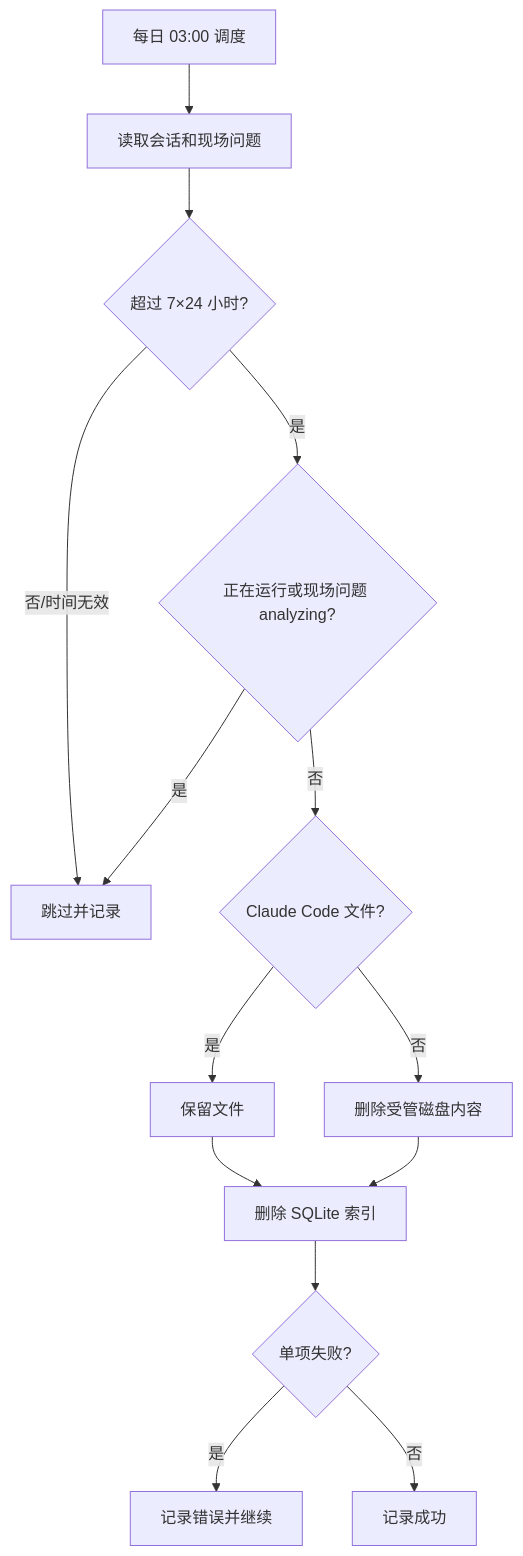
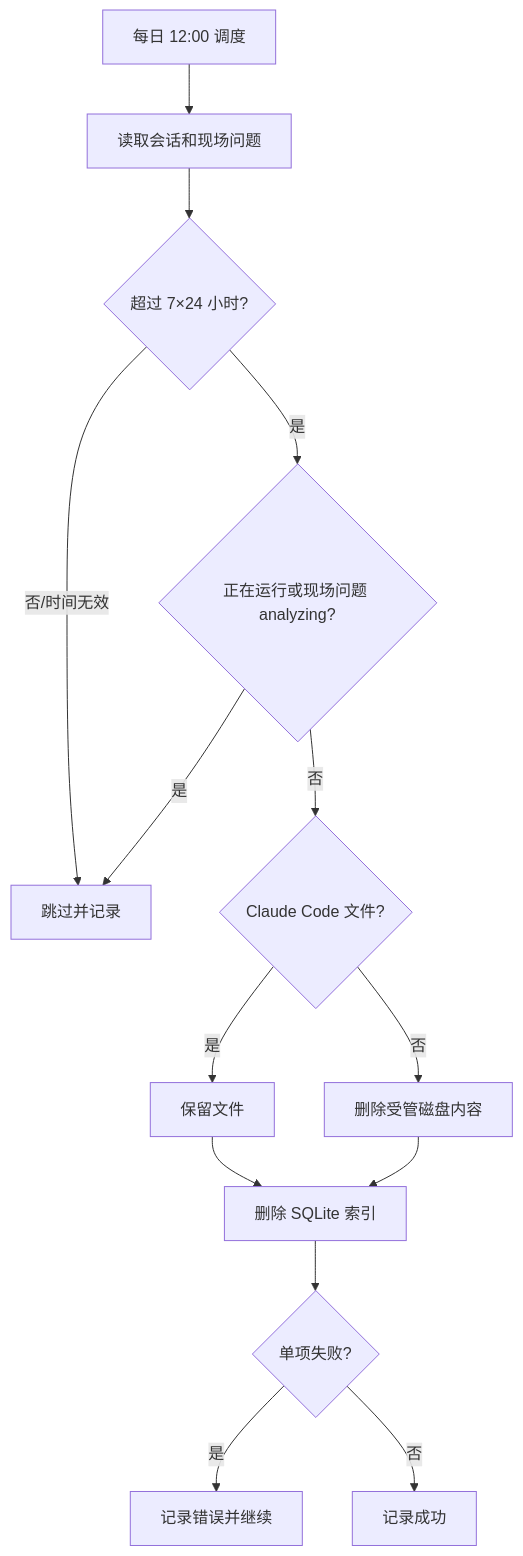
One commit to wangdecheng/xy-claudecodeui changed the diagram in docs/flows/content-retention.md. Above: the diagram before and after it, drawn with Mermaid. The commit also changed other lines of this file and 4 other files, not shown here.

````diff
--- a/docs/flows/content-retention.md
+++ b/docs/flows/content-retention.md
@@ -30,16 +30,16 @@
 ```mermaid
 flowchart TD
-    A[每日 03:00 调度] --> B[读取会话和现场问题]
+    A[每日 12:00 调度] --> B[读取会话和现场问题]
     B --> C{超过 7×24 小时?}
     C -- 否/时间无效 --> S[跳过并记录]
     C -- 是 --> D{正在运行或现场问题 analyzing?}
     D -- 是 --> S
     D -- 否 --> E{Claude Code 文件?}
     E -- 是 --> F[保留文件]
     E -- 否 --> G[删除受管磁盘内容]
     F --> H[删除 SQLite 索引]
     G --> H
     H --> I{单项失败?}
     I -- 是 --> J[记录错误并继续]
     I -- 否 --> K[记录成功]
 ```
````
